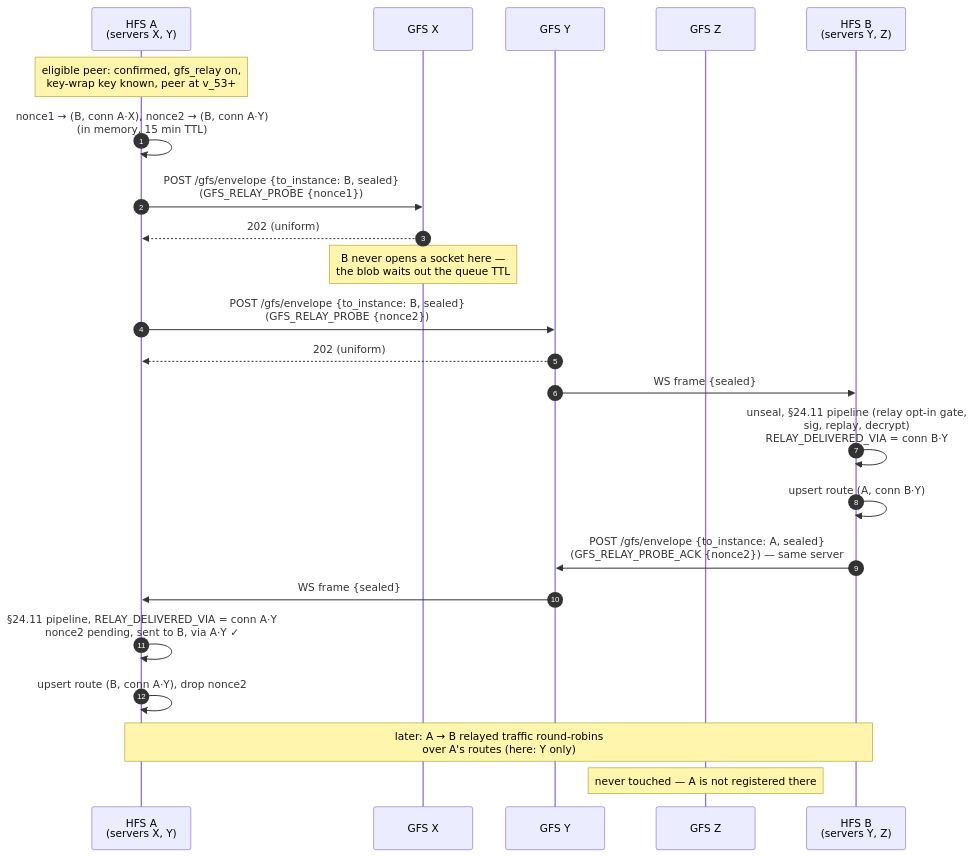
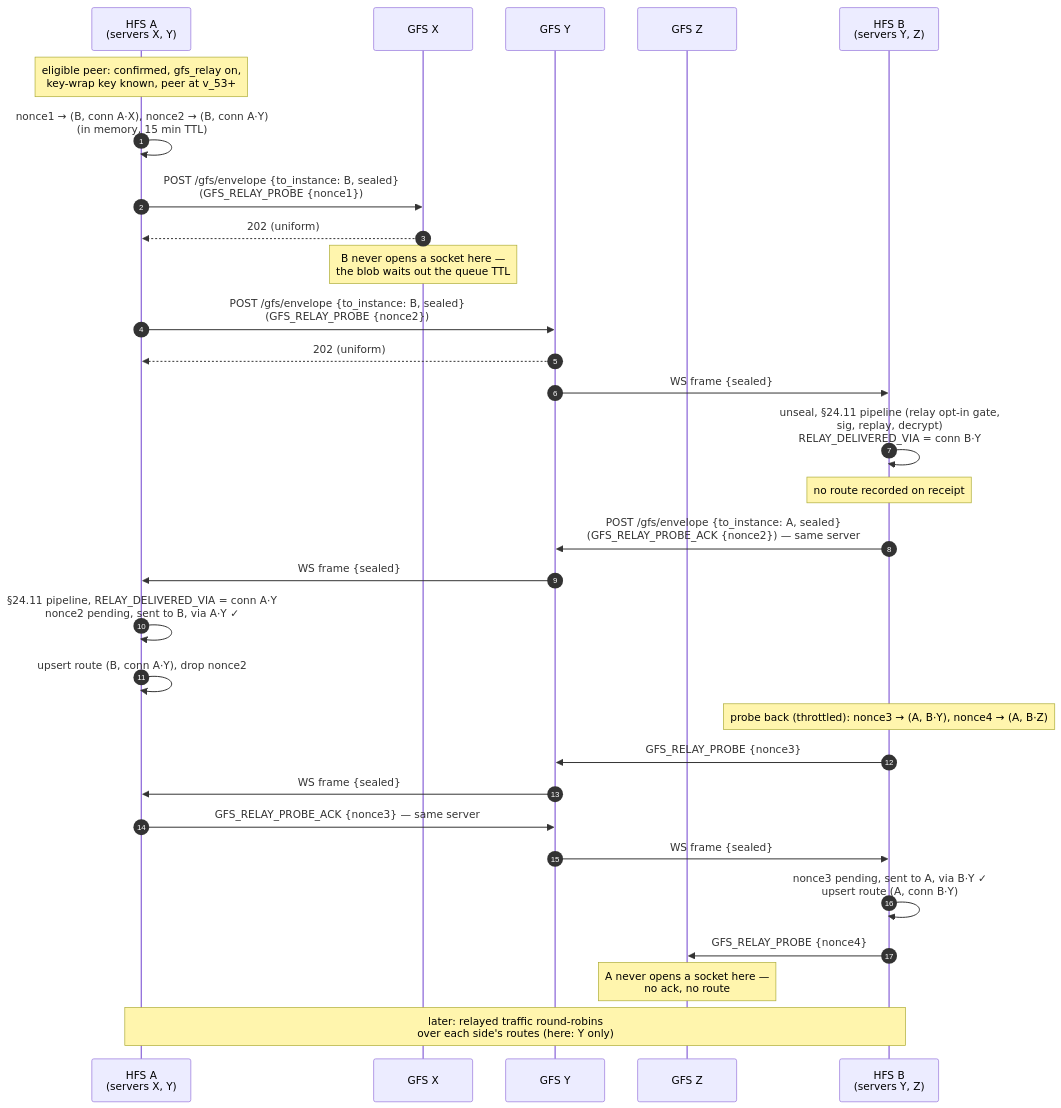
The diagram in docs/protocol/gfs-relay.md (social-home-io/socialhome), drawn with Mermaid before and after one commit. The commit also changed other lines of this file and 14 other files, not shown here.

First line of the commit message:
A malicious GFS can no longer plant a relay route, and probes stop marking peers relay-only

````diff
--- a/docs/protocol/gfs-relay.md
+++ b/docs/protocol/gfs-relay.md
@@ -50,26 +50,33 @@
 ```mermaid
 sequenceDiagram
     autonumber
     participant A as HFS A<br/>(servers X, Y)
     participant X as GFS X
     participant Y as GFS Y
     participant Z as GFS Z
     participant B as HFS B<br/>(servers Y, Z)
 
     Note over A: eligible peer: confirmed, gfs_relay on,<br/>key-wrap key known, peer at v_53+
     A->>A: nonce1 → (B, conn A·X), nonce2 → (B, conn A·Y)<br/>(in memory, 15 min TTL)
     A->>X: POST /gfs/envelope {to_instance: B, sealed}<br/>(GFS_RELAY_PROBE {nonce1})
     X-->>A: 202 (uniform)
     Note over X: B never opens a socket here —<br/>the blob waits out the queue TTL
     A->>Y: POST /gfs/envelope {to_instance: B, sealed}<br/>(GFS_RELAY_PROBE {nonce2})
     Y-->>A: 202 (uniform)
     Y->>B: WS frame {sealed}
     B->>B: unseal, §24.11 pipeline (relay opt-in gate,<br/>sig, replay, decrypt)<br/>RELAY_DELIVERED_VIA = conn B·Y
-    B->>B: upsert route (A, conn B·Y)
+    Note over B: no route recorded on receipt
     B->>Y: POST /gfs/envelope {to_instance: A, sealed}<br/>(GFS_RELAY_PROBE_ACK {nonce2}) — same server
     Y->>A: WS frame {sealed}
     A->>A: §24.11 pipeline, RELAY_DELIVERED_VIA = conn A·Y<br/>nonce2 pending, sent to B, via A·Y ✓
     A->>A: upsert route (B, conn A·Y), drop nonce2
-    Note over A,B: later: A → B relayed traffic round-robins<br/>over A's routes (here: Y only)
-    Note over Z: never touched — A is not registered there
+    Note over B: probe back (throttled): nonce3 → (A, B·Y), nonce4 → (A, B·Z)
+    B->>Y: GFS_RELAY_PROBE {nonce3}
+    Y->>A: WS frame {sealed}
+    A->>Y: GFS_RELAY_PROBE_ACK {nonce3} — same server
+    Y->>B: WS frame {sealed}
+    B->>B: nonce3 pending, sent to A, via B·Y ✓<br/>upsert route (A, conn B·Y)
+    B->>Z: GFS_RELAY_PROBE {nonce4}
+    Note over Z: A never opens a socket here —<br/>no ack, no route
+    Note over A,B: later: relayed traffic round-robins<br/>over each side's routes (here: Y only)
 ```
````
